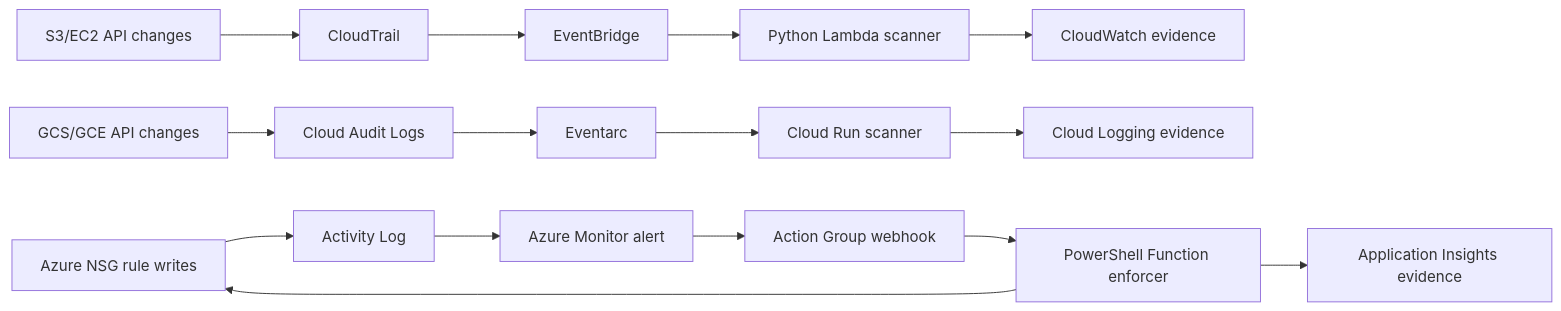
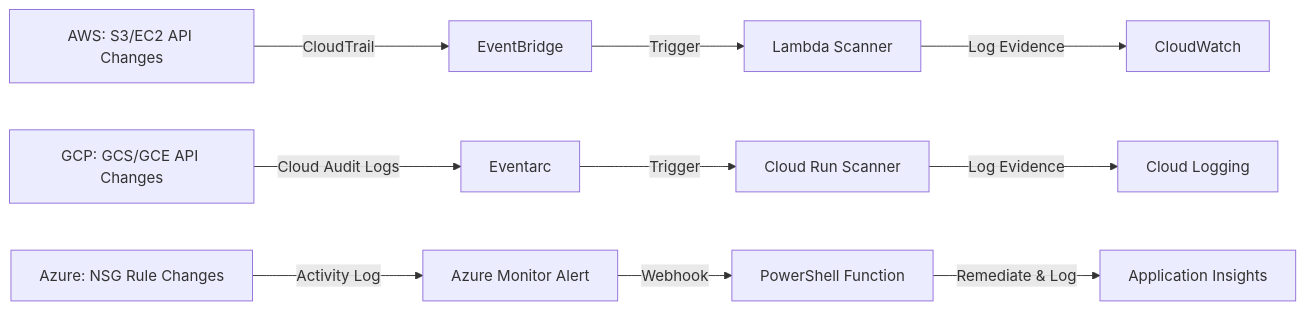
One commit to Williamclayfl/multi-cloud-serverless-compliance-lab changed the diagram in README.md. Above: the diagram before and after it, drawn with Mermaid. The commit also changed other lines of this file, not shown here.

````diff
--- a/README.md
+++ b/README.md
@@ -15,19 +7,14 @@
 ```mermaid
-flowchart LR
-    S3["S3/EC2 API changes"] --> CT["CloudTrail"]
-    CT --> EB["EventBridge"]
-    EB --> L["Python Lambda scanner"]
-    L --> CW["CloudWatch evidence"]
-
-    GCPR["GCS/GCE API changes"] --> CAL["Cloud Audit Logs"]
-    CAL --> EA["Eventarc"]
-    EA --> CR["Cloud Run scanner"]
-    CR --> CL["Cloud Logging evidence"]
-
-    NSG["Azure NSG rule writes"] --> AL["Activity Log"]
-    AL --> AM["Azure Monitor alert"]
-    AM --> AG["Action Group webhook"]
-    AG --> AF["PowerShell Function enforcer"]
-    AF --> NSG
-    AF --> AI["Application Insights evidence"]
+graph LR
+    A["AWS: S3/EC2 API Changes"] -->|CloudTrail| B["EventBridge"]
+    B -->|Trigger| C["Lambda Scanner"]
+    C -->|Log Evidence| D["CloudWatch"]
+    
+    E["GCP: GCS/GCE API Changes"] -->|Cloud Audit Logs| F["Eventarc"]
+    F -->|Trigger| G["Cloud Run Scanner"]
+    G -->|Log Evidence| H["Cloud Logging"]
+    
+    I["Azure: NSG Rule Changes"] -->|Activity Log| J["Azure Monitor Alert"]
+    J -->|Webhook| K["PowerShell Function"]
+    K -->|Remediate & Log| L["Application Insights"]
 ```
````
